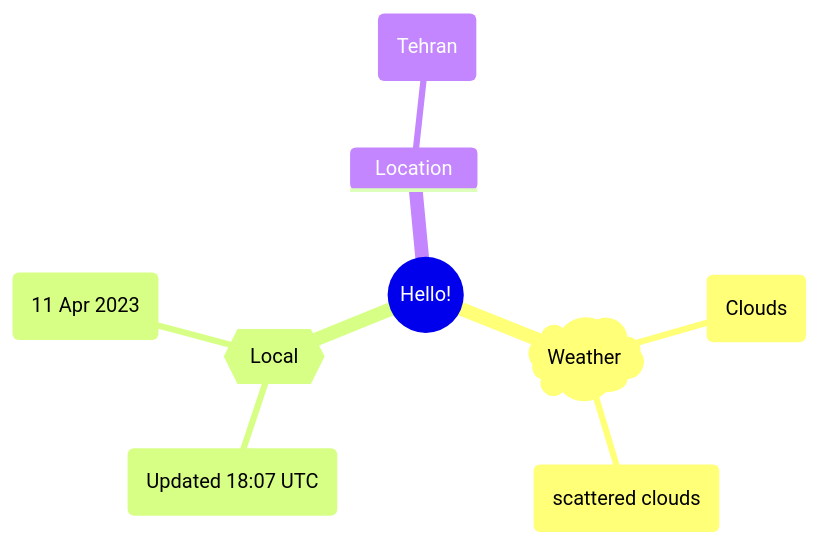
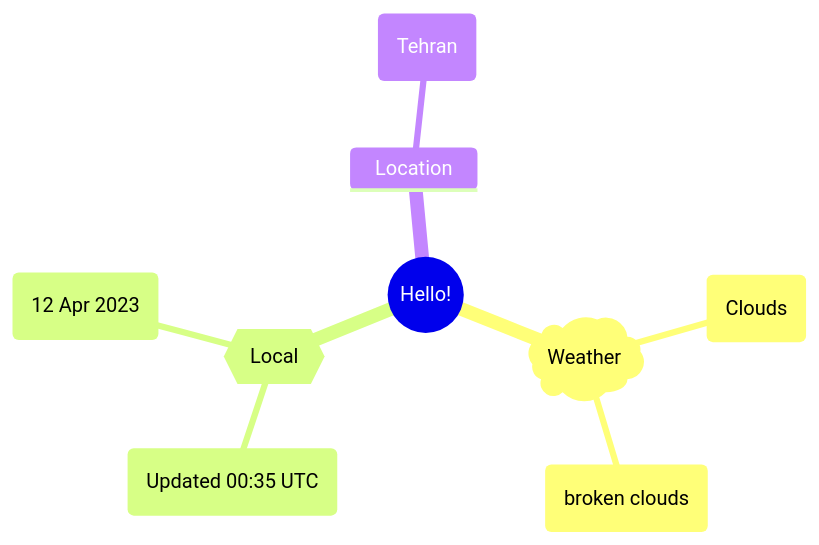
Before and after one commit to Xosrov/Xosrov: the first of 2 diagrams in README.md, drawn with Mermaid.

Commit message:
[bot] updated images

````diff
--- a/README.md
+++ b/README.md
@@ -3,12 +3,12 @@
 ```mermaid
 mindmap
   root((Hello!))
     )Weather(
         (Clouds)
-        (scattered clouds)
+        (broken clouds)
     {{Local}}
-        (Updated 18:07 UTC)
-        (11 Apr 2023)
+        (Updated 00:35 UTC)
+        (12 Apr 2023)
     Location
         (Tehran)
 ```
````
